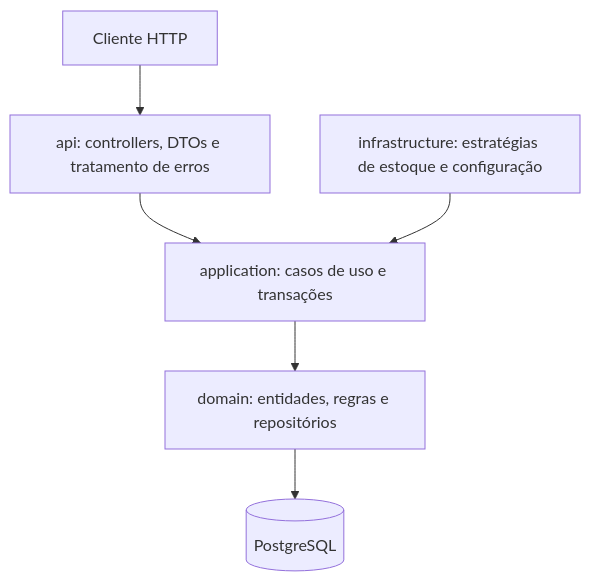
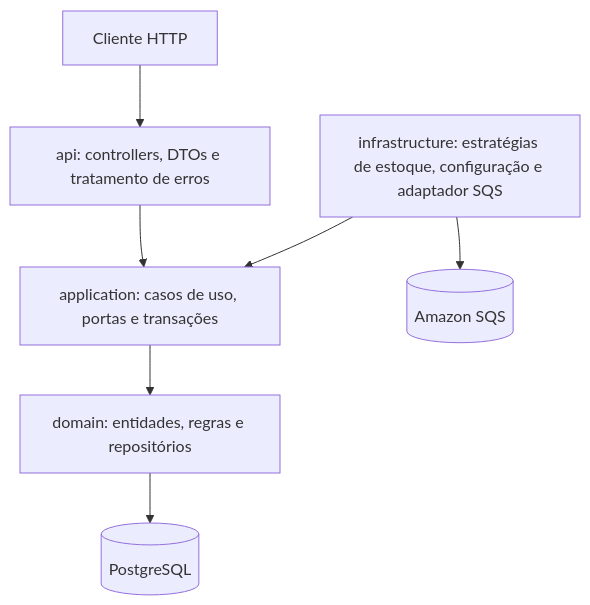
The first of 3 diagrams in README.md (nevvesdev/inventory-guard), drawn with Mermaid before and after one commit. The commit also changed other lines of this file, not shown here.

````diff
--- a/README.md
+++ b/README.md
@@ -129,8 +133,9 @@
 ```mermaid
 flowchart TD
     Cliente[Cliente HTTP] --> API[api: controllers, DTOs e tratamento de erros]
-    API --> APP[application: casos de uso e transações]
+    API --> APP[application: casos de uso, portas e transações]
     APP --> DOM[domain: entidades, regras e repositórios]
-    INF[infrastructure: estratégias de estoque e configuração] --> APP
+    INF[infrastructure: estratégias de estoque, configuração e adaptador SQS] --> APP
     DOM --> DB[(PostgreSQL)]
+    INF --> SQS[(Amazon SQS)]
 ```
````
